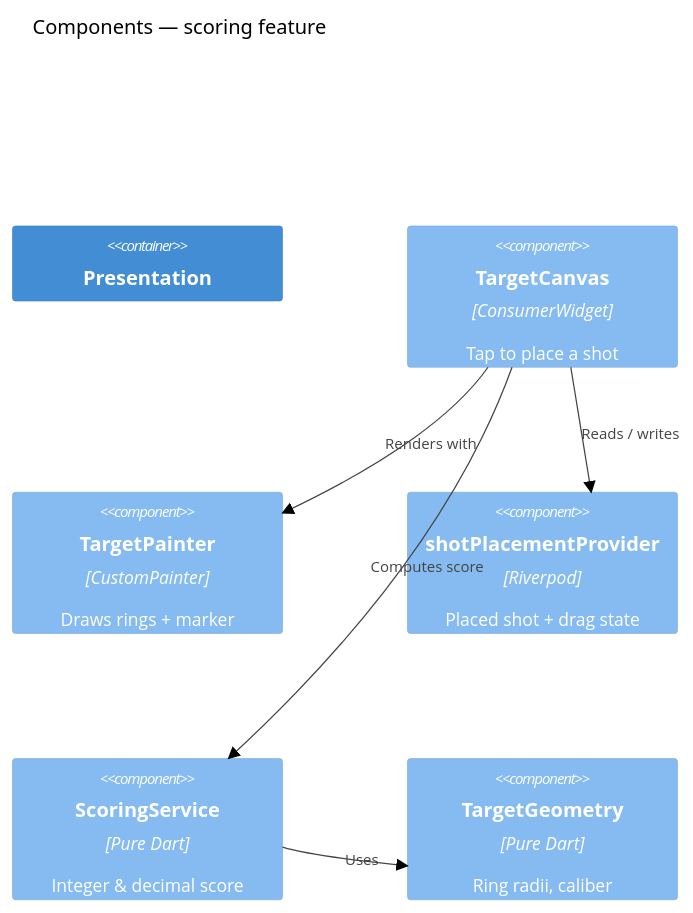
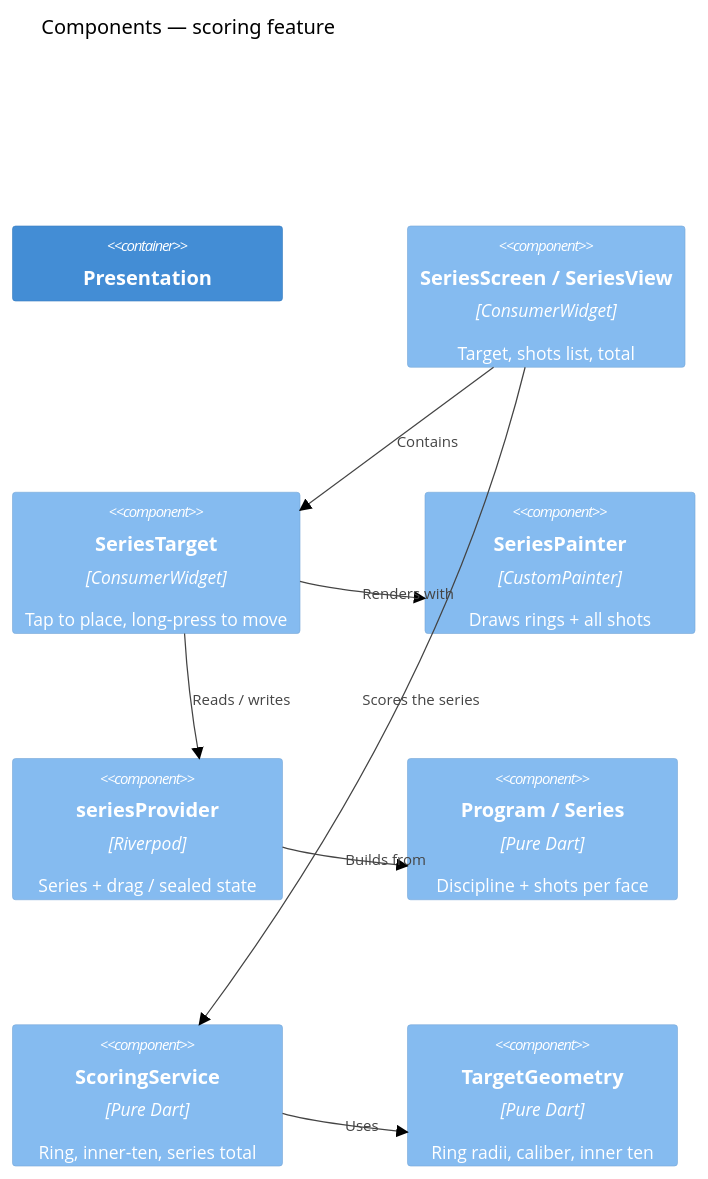
Before and after one commit to roykollensvendsen/treffpunkt: the third of 3 diagrams in docs/dev/architecture.md, drawn with Mermaid (forest theme). The commit also changed other lines of this file and 23 other files, not shown here.

First line of the commit message:
feat(scoring): show a series on a scorecard screen

````diff
--- a/docs/dev/architecture.md
+++ b/docs/dev/architecture.md
@@ -41,14 +42,18 @@
 ```mermaid
 C4Component
   title Components — scoring feature
   Container(ui, "Presentation")
-  Component(canvas, "TargetCanvas", "ConsumerWidget", "Tap to place a shot")
-  Component(painter, "TargetPainter", "CustomPainter", "Draws rings + marker")
-  Component(provider, "shotPlacementProvider", "Riverpod", "Placed shot + drag state")
-  Component(scoring, "ScoringService", "Pure Dart", "Integer & decimal score")
-  Component(geometry, "TargetGeometry", "Pure Dart", "Ring radii, caliber")
-  Rel(canvas, provider, "Reads / writes")
-  Rel(canvas, painter, "Renders with")
-  Rel(canvas, scoring, "Computes score")
+  Component(screen, "SeriesScreen / SeriesView", "ConsumerWidget", "Target, shots list, total")
+  Component(target, "SeriesTarget", "ConsumerWidget", "Tap to place, long-press to move")
+  Component(painter, "SeriesPainter", "CustomPainter", "Draws rings + all shots")
+  Component(provider, "seriesProvider", "Riverpod", "Series + drag / sealed state")
+  Component(program, "Program / Series", "Pure Dart", "Discipline + shots per face")
+  Component(scoring, "ScoringService", "Pure Dart", "Ring, inner-ten, series total")
+  Component(geometry, "TargetGeometry", "Pure Dart", "Ring radii, caliber, inner ten")
+  Rel(screen, target, "Contains")
+  Rel(target, provider, "Reads / writes")
+  Rel(target, painter, "Renders with")
+  Rel(screen, scoring, "Scores the series")
+  Rel(provider, program, "Builds from")
   Rel(scoring, geometry, "Uses")
 ```
````
